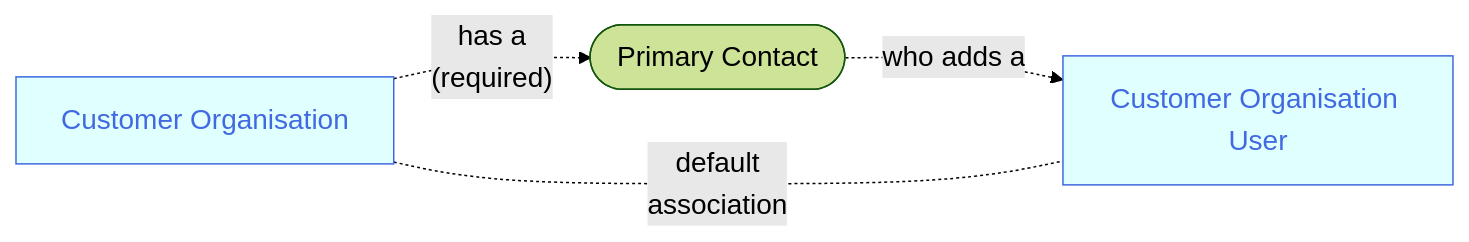
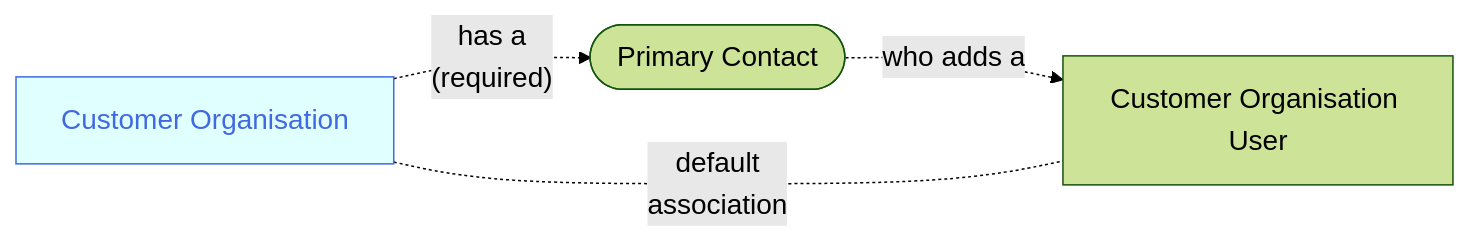
Before and after one commit to joe-dorward/samples: the diagram in 2025_Sage/04_Scenario - User to Customer.mdx, drawn with Mermaid.

Commit message:
Update 04_Scenario - User to Customer.mdx

````diff
--- a/2025_Sage/04_Scenario - User to Customer.mdx
+++ b/2025_Sage/04_Scenario - User to Customer.mdx
@@ -6,23 +6,23 @@
 ```mermaid
 %%{
   init: {
     'theme': 'forest',
     'themeVariables': {
       'fontSize':'14pt'
     }
   }
 }%%
 flowchart LR
   classDef Sage fill:seagreen, color:honeydew;
   classDef Noun fill:lightcyan, stroke:royalblue, color:royalblue;
   classDef Note fill:white, stroke:white, text-align:left;
 
   CUSTOMER_ORGANISATION_01[Customer Organisation]-.has a<br/>(required).->
   PRIMARY_CONTACT_01([&nbsp;Primary Contact&nbsp;])-.who adds a.->
   CUSTOMER_ORGANISATION_USER_01[Customer Organisation User]
 
   CUSTOMER_ORGANISATION_01-.default<br/>association.-
   CUSTOMER_ORGANISATION_USER_01
 
-  class CUSTOMER_ORGANISATION_01,CUSTOMER_ORGANISATION_USER_01 Noun
+  class CUSTOMER_ORGANISATION_01 Noun
 ```
````
